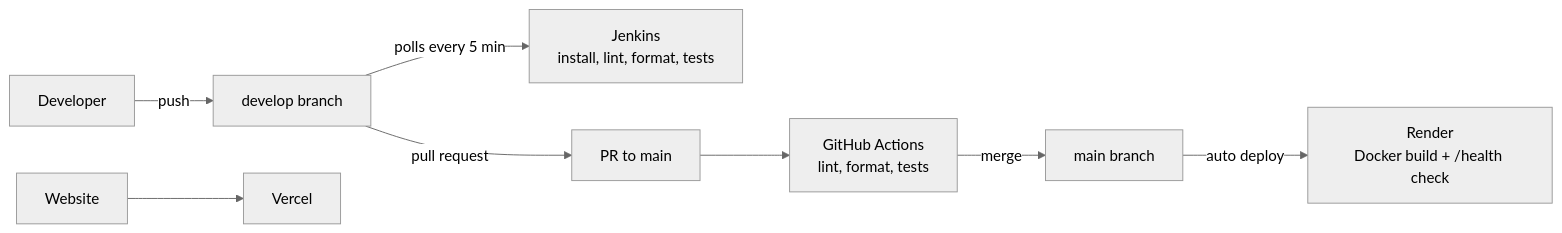
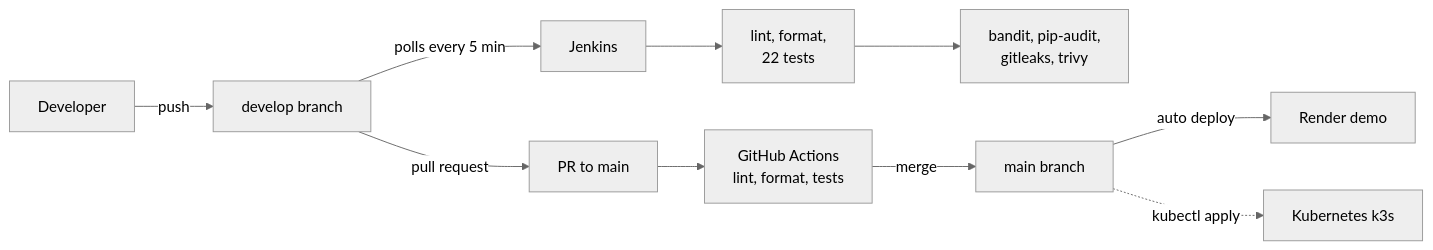
Before and after one commit to saroatov2910/welos-ai: the second of 2 diagrams in README.md, drawn with Mermaid (neutral theme). The commit also changed other lines of this file and 2 other files, not shown here.

Commit message:
docs: describe Kubernetes, NetworkPolicy, security scans and card blocking

````diff
--- a/README.md
+++ b/README.md
@@ -54,10 +64,12 @@
 ```mermaid
 flowchart LR
     dev[Developer] -->|push| develop[develop branch]
-    develop -->|polls every 5 min| jenkins[Jenkins<br/>install, lint, format, tests]
+    develop -->|polls every 5 min| jenkins[Jenkins]
+    jenkins --> checks[lint, format,<br/>22 tests]
+    checks --> scans[bandit, pip-audit,<br/>gitleaks, trivy]
     develop -->|pull request| pr[PR to main]
     pr --> gha[GitHub Actions<br/>lint, format, tests]
     gha -->|merge| main[main branch]
-    main -->|auto deploy| render[Render<br/>Docker build + /health check]
-    web[Website] --> vercel[Vercel]
+    main -->|auto deploy| render[Render demo]
+    main -.->|kubectl apply| k8s[Kubernetes k3s]
 ```
````
